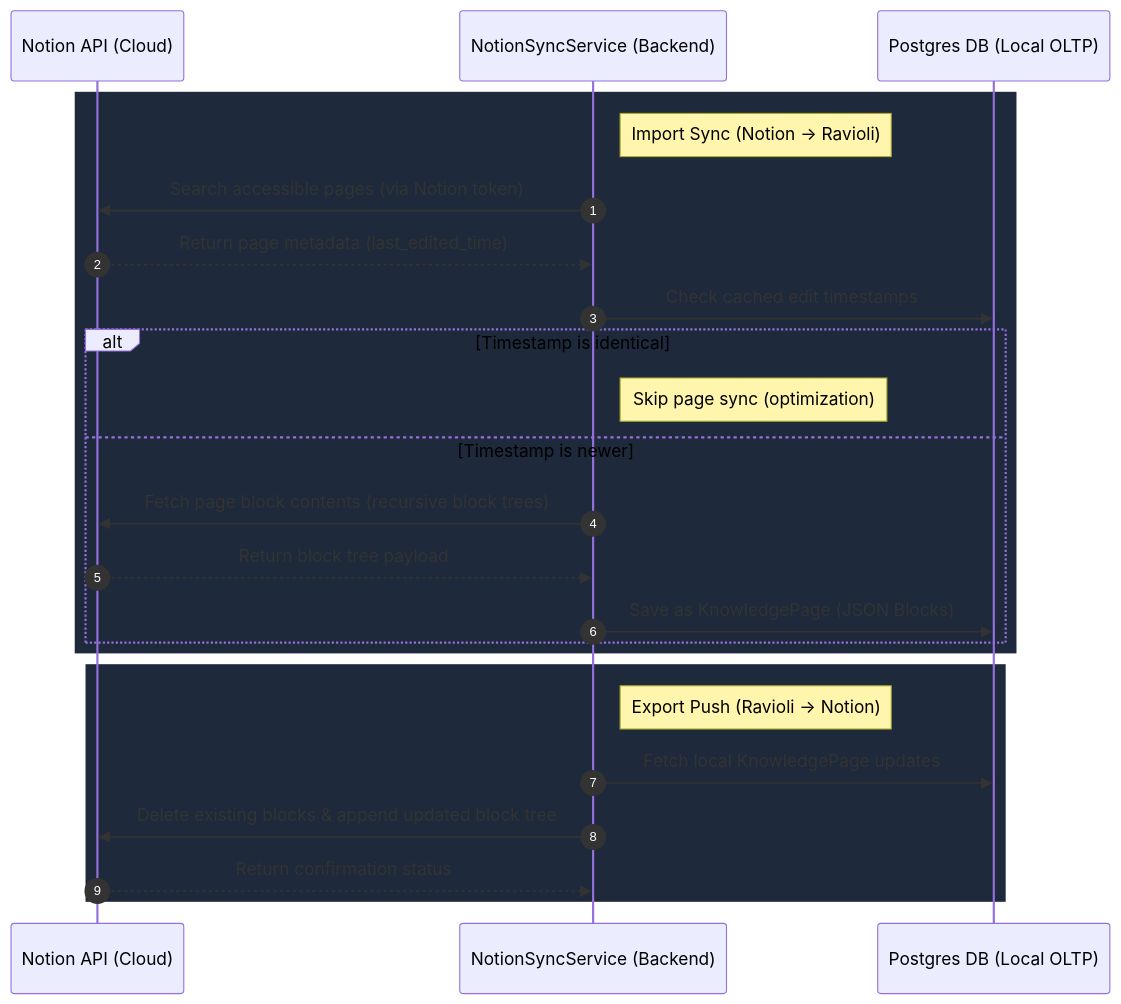
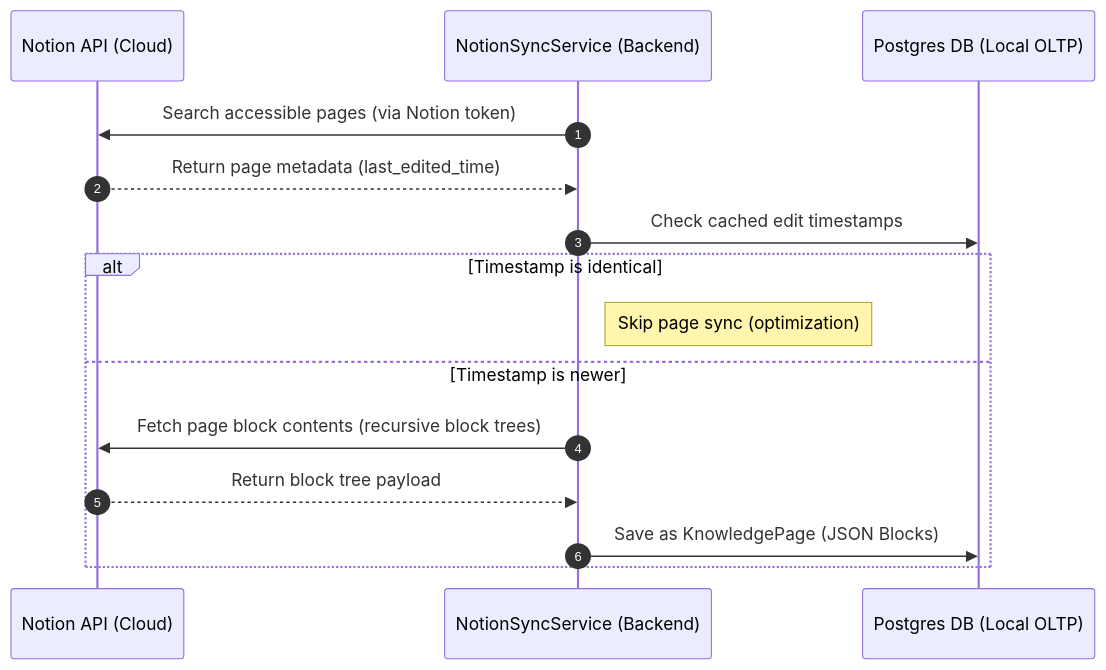
The first of 2 diagrams in docs-site/docs/settings/integrations/documentation/notion.md (852-Lab/jimwurst), drawn with Mermaid before and after one commit. The commit also changed other lines of this file, not shown here.

Commit message:
docs: expand Notion integration documentation with detailed technical sync sequences and constraints

````diff
--- a/docs-site/docs/settings/integrations/documentation/notion.md
+++ b/docs-site/docs/settings/integrations/documentation/notion.md
@@ -10,28 +24,18 @@
 ```mermaid
 sequenceDiagram
     autonumber
     participant Notion as Notion API (Cloud)
     participant Sync as NotionSyncService (Backend)
     participant DB as Postgres DB (Local OLTP)
     
-    rect rgb(30, 41, 59)
-    note right of Sync: Import Sync (Notion -> Ravioli)
     Sync->>Notion: Search accessible pages (via Notion token)
     Notion-->>Sync: Return page metadata (last_edited_time)
     Sync->>DB: Check cached edit timestamps
     alt Timestamp is identical
         note right of Sync: Skip page sync (optimization)
     else Timestamp is newer
         Sync->>Notion: Fetch page block contents (recursive block trees)
         Notion-->>Sync: Return block tree payload
         Sync->>DB: Save as KnowledgePage (JSON Blocks)
     end
-    end
-    
-    rect rgb(30, 41, 59)
-    note right of Sync: Export Push (Ravioli -> Notion)
-    Sync->>DB: Fetch local KnowledgePage updates
-    Sync->>Notion: Delete existing blocks & append updated block tree
-    Notion-->>Sync: Return confirmation status
-    end
 ```
````
